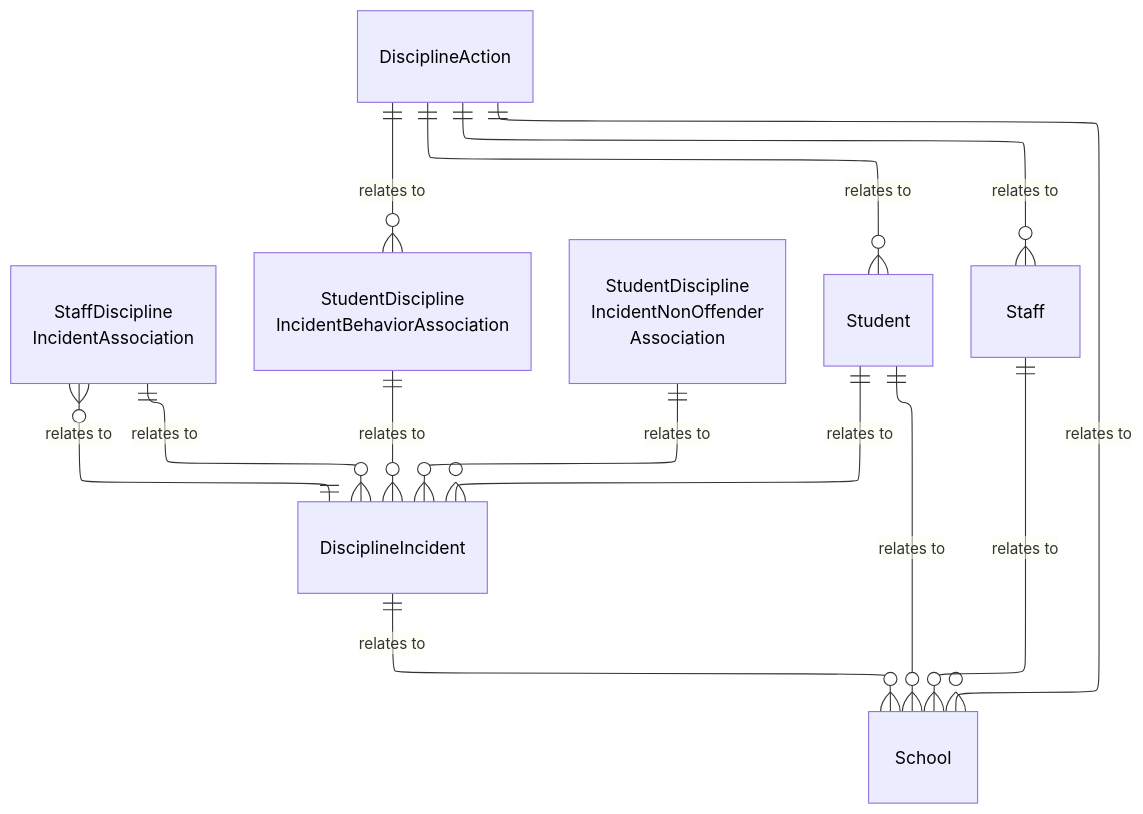
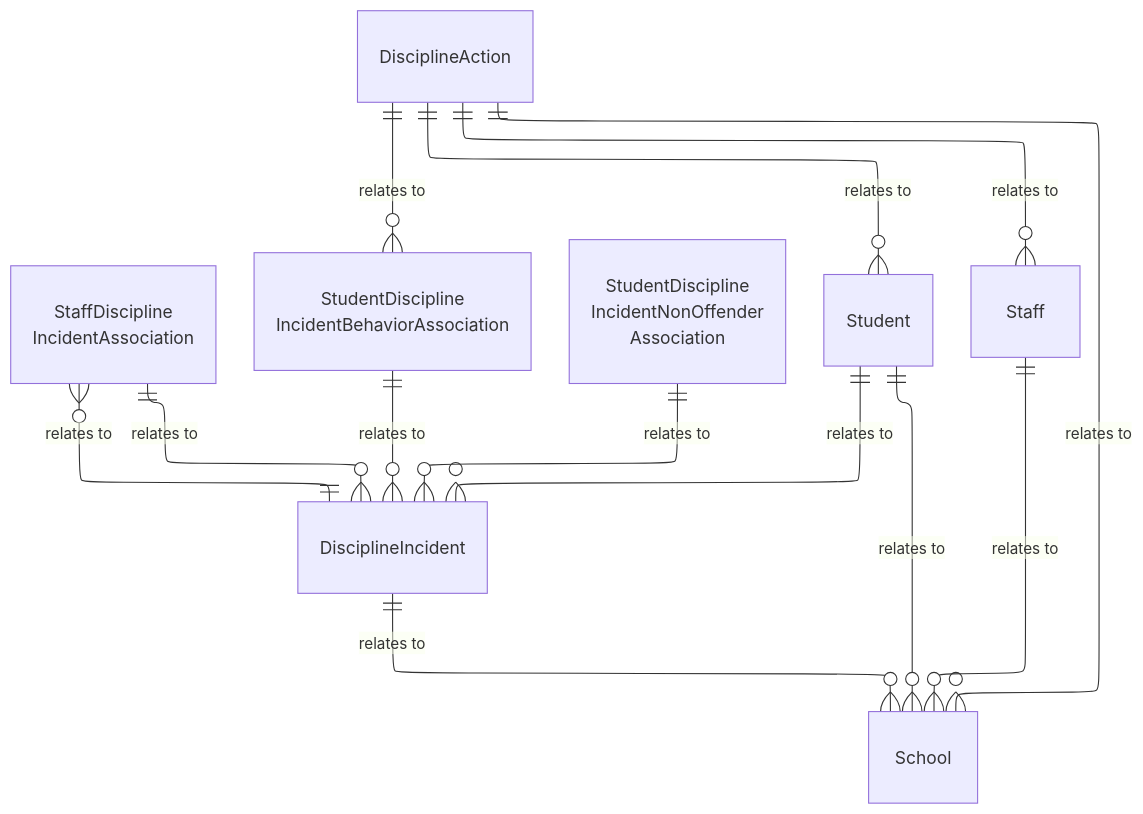
The diagram in dataStandard_versioned_docs/version-6/model-reference/discipline-domain/model-diagrams.md (Ed-Fi-Alliance-OSS/ed-fi-alliance-oss.github.io), drawn with Mermaid before and after one commit. The commit also changed 24 other files, not shown here.

````diff
--- a/dataStandard_versioned_docs/version-6/model-reference/discipline-domain/model-diagrams.md
+++ b/dataStandard_versioned_docs/version-6/model-reference/discipline-domain/model-diagrams.md
@@ -10,43 +10,35 @@
 ```mermaid
 ---
 config:
   layout: elk
 ---
 erDiagram
     DisciplineIncident {
     }
     DisciplineAction {
     }
     StaffDisciplineIncidentAssociation["StaffDiscipline<br/>IncidentAssociation"] {
     }
     StudentDisciplineIncidentBehaviorAssociation["StudentDiscipline<br/>IncidentBehaviorAssociation"] {
     }
     StudentDisciplineIncidentNonOffenderAssociation["StudentDiscipline<br/>IncidentNonOffender<br/>Association"] {
     }
     Student {
     }
     Staff {
     }
     School {
     }
     Student ||--o{ School : "relates to"
     Student ||--o{ DisciplineIncident : "relates to"
     DisciplineAction ||--o{ Student : "relates to"
     DisciplineAction ||--o{ StudentDisciplineIncidentBehaviorAssociation : "relates to"
     DisciplineAction ||--o{ Staff : "relates to"
     DisciplineAction ||--o{ School : "relates to"
     DisciplineIncident ||--o{ School : "relates to"
     DisciplineIncident ||--o{ StaffDisciplineIncidentAssociation : "relates to"
     StaffDisciplineIncidentAssociation ||--o{ DisciplineIncident : "relates to"
     StudentDisciplineIncidentBehaviorAssociation ||--o{ DisciplineIncident : "relates to"
     StudentDisciplineIncidentNonOffenderAssociation ||--o{ DisciplineIncident : "relates to"
     Staff ||--o{ School : "relates to"
-    style DisciplineIncident color:#000000
-    style DisciplineAction color:#000000
-    style StaffDisciplineIncidentAssociation color:#000000
-    style StudentDisciplineIncidentBehaviorAssociation color:#000000
-    style StudentDisciplineIncidentNonOffenderAssociation color:#000000
-    style Student color:#000000
-    style Staff color:#000000
-    style School color:#000000
 ```
````
